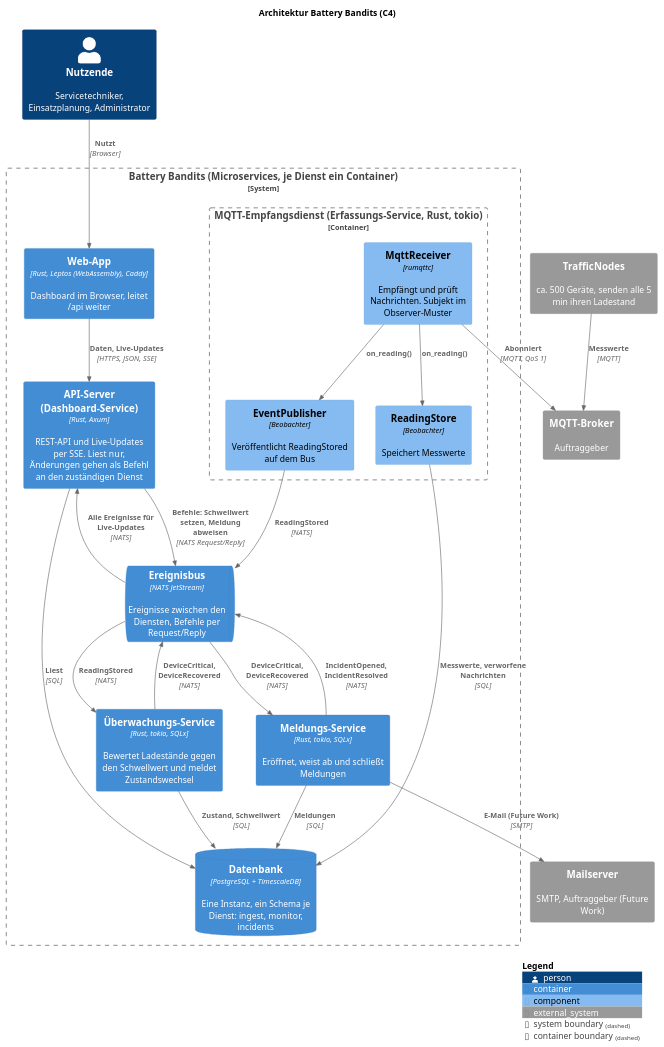
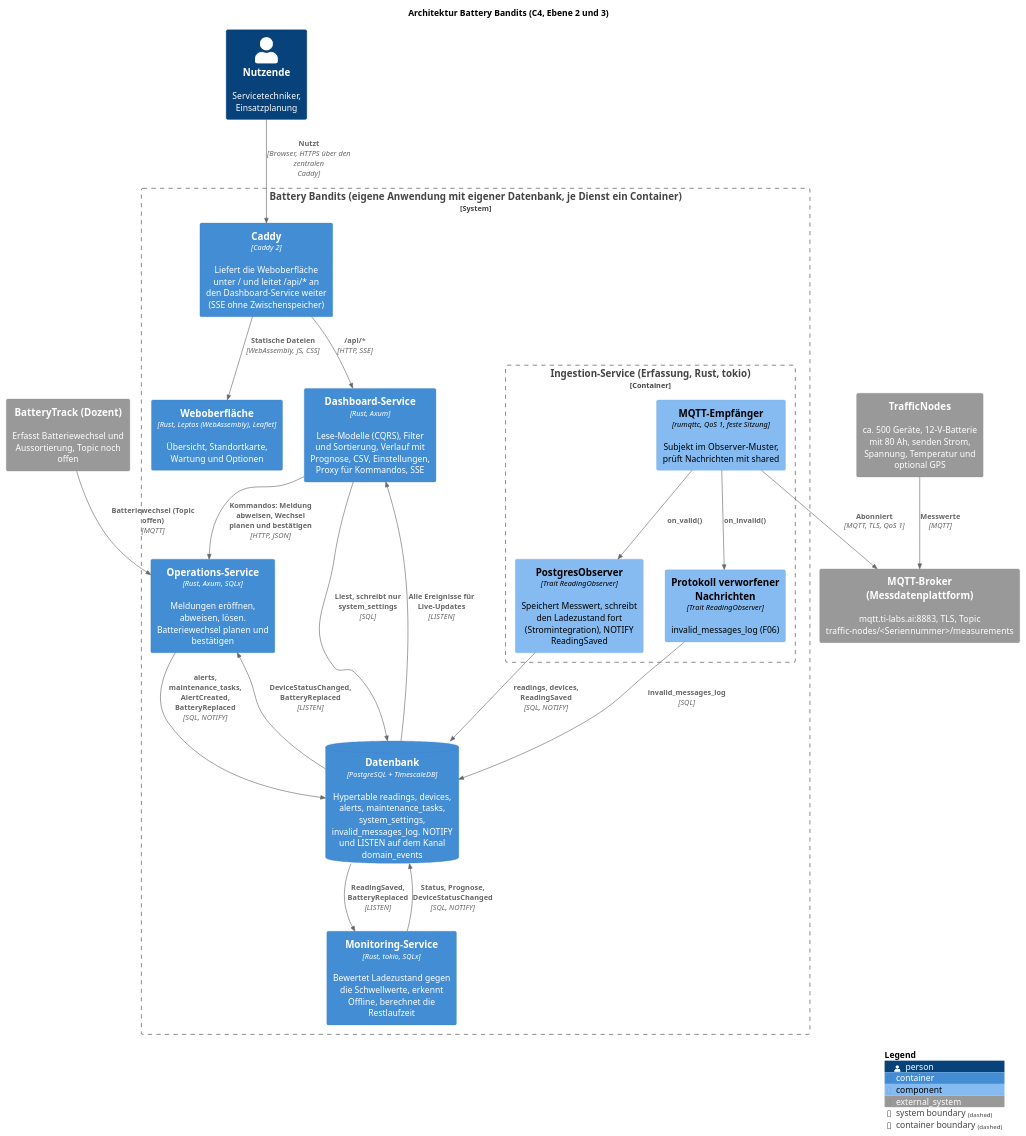
Before and after one commit to Noah9935/Battery-Bandits: the diagram in docs/diagrams/architecture/c4-architektur.puml, drawn with PlantUML. The commit also changed 29 other files, not shown here.

```diff
--- a/docs/diagrams/architecture/c4-architektur.puml
+++ b/docs/diagrams/architecture/c4-architektur.puml
@@ -1,50 +1,49 @@
 @startuml c4-architektur
 !include <C4/C4_Component>
 
-title Architektur Battery Bandits (C4)
+title Architektur Battery Bandits (C4, Ebene 2 und 3)
 
-Person(user, "Nutzende", "Servicetechniker, Einsatzplanung, Administrator")
+Person(user, "Nutzende", "Servicetechniker, Einsatzplanung")
 
-System_Ext(nodes, "TrafficNodes", "ca. 500 Geräte, senden alle 5 min ihren Ladestand")
-System_Ext(broker, "MQTT-Broker", "Auftraggeber")
-System_Ext(mail, "Mailserver", "SMTP, Auftraggeber (Future Work)")
+System_Ext(nodes, "TrafficNodes", "ca. 500 Geräte, 12-V-Batterie mit 80 Ah, senden Strom, Spannung, Temperatur und optional GPS")
+System_Ext(broker, "MQTT-Broker (Messdatenplattform)", "mqtt.ti-labs.ai:8883, TLS, Topic traffic-nodes/<Seriennummer>/measurements")
+System_Ext(battrack, "BatteryTrack (Dozent)", "Erfasst Batteriewechsel und Aussortierung, Topic noch offen")
 
-System_Boundary(bb, "Battery Bandits (Microservices, je Dienst ein Container)") {
-  Container(web, "Web-App", "Rust, Leptos (WebAssembly), Caddy", "Dashboard im Browser, leitet /api weiter")
-  Container(api, "API-Server (Dashboard-Service)", "Rust, Axum", "REST-API und Live-Updates per SSE. Liest nur, Änderungen gehen als Befehl an den zuständigen Dienst")
-  Container(monitor, "Überwachungs-Service", "Rust, tokio, SQLx", "Bewertet Ladestände gegen den Schwellwert und meldet Zustandswechsel")
-  Container(incidents, "Meldungs-Service", "Rust, tokio, SQLx", "Eröffnet, weist ab und schließt Meldungen")
-  ContainerQueue(bus, "Ereignisbus", "NATS JetStream", "Ereignisse zwischen den Diensten, Befehle per Request/Reply")
-  ContainerDb(db, "Datenbank", "PostgreSQL + TimescaleDB", "Eine Instanz, ein Schema je Dienst: ingest, monitor, incidents")
+System_Boundary(bb, "Battery Bandits (eigene Anwendung mit eigener Datenbank, je Dienst ein Container)") {
+  Container(caddy, "Caddy", "Caddy 2", "Liefert die Weboberfläche unter / und leitet /api/* an den Dashboard-Service weiter (SSE ohne Zwischenspeicher)")
+  Container(web, "Weboberfläche", "Rust, Leptos (WebAssembly), Leaflet", "Übersicht, Standortkarte, Wartung und Optionen")
+  Container(dashboard, "Dashboard-Service", "Rust, Axum", "Lese-Modelle (CQRS), Filter und Sortierung, Verlauf mit Prognose, CSV, Einstellungen, Proxy für Kommandos, SSE")
+  Container(monitoring, "Monitoring-Service", "Rust, tokio, SQLx", "Bewertet Ladezustand gegen die Schwellwerte, erkennt Offline, berechnet die Restlaufzeit")
+  Container(operations, "Operations-Service", "Rust, Axum, SQLx", "Meldungen eröffnen, abweisen, lösen. Batteriewechsel planen und bestätigen")
+  ContainerDb(db, "Datenbank", "PostgreSQL + TimescaleDB", "Hypertable readings, devices, alerts, maintenance_tasks, system_settings, invalid_messages_log. NOTIFY und LISTEN auf dem Kanal domain_events")
 
-  Container_Boundary(ingest, "MQTT-Empfangsdienst (Erfassungs-Service, Rust, tokio)") {
-    Component(rx, "MqttReceiver", "rumqttc", "Empfängt und prüft Nachrichten. Subjekt im Observer-Muster")
-    Component(store, "ReadingStore", "Beobachter", "Speichert Messwerte")
-    Component(publisher, "EventPublisher", "Beobachter", "Veröffentlicht ReadingStored auf dem Bus")
+  Container_Boundary(ingestion, "Ingestion-Service (Erfassung, Rust, tokio)") {
+    Component(rx, "MQTT-Empfänger", "rumqttc, QoS 1, feste Sitzung", "Subjekt im Observer-Muster, prüft Nachrichten mit shared")
+    Component(store, "PostgresObserver", "Trait ReadingObserver", "Speichert Messwert, schreibt den Ladezustand fort (Stromintegration), NOTIFY ReadingSaved")
+    Component(log, "Protokoll verworfener Nachrichten", "Trait ReadingObserver", "invalid_messages_log (F06)")
   }
 }
 
 Rel(nodes, broker, "Messwerte", "MQTT")
-Rel(rx, broker, "Abonniert", "MQTT, QoS 1")
-Rel(rx, store, "on_reading()")
-Rel(rx, publisher, "on_reading()")
-Rel(store, db, "Messwerte, verworfene Nachrichten", "SQL")
-Rel(publisher, bus, "ReadingStored", "NATS")
+Rel(rx, broker, "Abonniert", "MQTT, TLS, QoS 1")
+Rel(rx, store, "on_valid()")
+Rel(rx, log, "on_invalid()")
+Rel(store, db, "readings, devices, ReadingSaved", "SQL, NOTIFY")
+Rel(log, db, "invalid_messages_log", "SQL")
 
-Rel(bus, monitor, "ReadingStored", "NATS")
-Rel(monitor, db, "Zustand, Schwellwert", "SQL")
-Rel(monitor, bus, "DeviceCritical, DeviceRecovered", "NATS")
+Rel(db, monitoring, "ReadingSaved, BatteryReplaced", "LISTEN")
+Rel(monitoring, db, "Status, Prognose, DeviceStatusChanged", "SQL, NOTIFY")
 
-Rel(bus, incidents, "DeviceCritical, DeviceRecovered", "NATS")
-Rel(incidents, db, "Meldungen", "SQL")
-Rel(incidents, bus, "IncidentOpened, IncidentResolved", "NATS")
-Rel(incidents, mail, "E-Mail (Future Work)", "SMTP")
+Rel(db, operations, "DeviceStatusChanged, BatteryReplaced", "LISTEN")
+Rel(operations, db, "alerts, maintenance_tasks, AlertCreated, BatteryReplaced", "SQL, NOTIFY")
+Rel(battrack, operations, "Batteriewechsel (Topic offen)", "MQTT")
 
-Rel(api, db, "Liest", "SQL")
-Rel(bus, api, "Alle Ereignisse für Live-Updates", "NATS")
-Rel(api, bus, "Befehle: Schwellwert setzen, Meldung abweisen", "NATS Request/Reply")
-Rel(web, api, "Daten, Live-Updates", "HTTPS, JSON, SSE")
-Rel(user, web, "Nutzt", "Browser")
+Rel(dashboard, db, "Liest, schreibt nur system_settings", "SQL")
+Rel(db, dashboard, "Alle Ereignisse für Live-Updates", "LISTEN")
+Rel(dashboard, operations, "Kommandos: Meldung abweisen, Wechsel planen und bestätigen", "HTTP, JSON")
+Rel(caddy, dashboard, "/api/*", "HTTP, SSE")
+Rel(caddy, web, "Statische Dateien", "WebAssembly, JS, CSS")
+Rel(user, caddy, "Nutzt", "Browser, HTTPS über den zentralen Caddy")
 
 SHOW_LEGEND()
 @enduml
```
